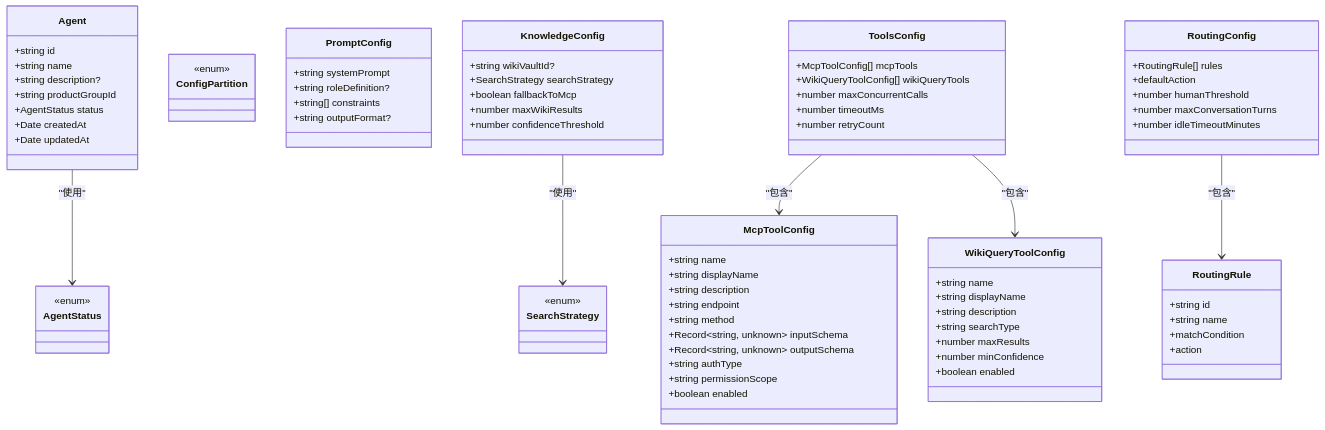
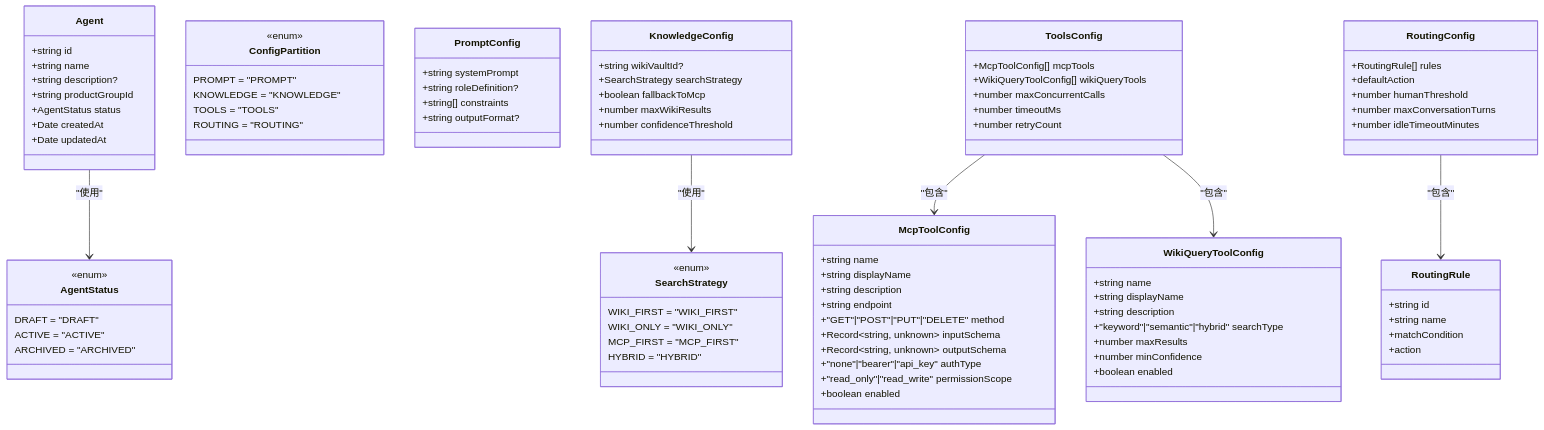
The third of 10 diagrams in .qoder/repowiki/zh/content/共享包开发/Shared Types 包.md (ai-guru-global/agent-up), drawn with Mermaid before and after one commit. The commit also changed other lines of this file and 57 other files, not shown here.

```diff
--- a/.qoder/repowiki/zh/content/共享包开发/Shared Types 包.md
+++ b/.qoder/repowiki/zh/content/共享包开发/Shared Types 包.md
@@ -141,9 +149,16 @@
 }
 class AgentStatus {
 <<enum>>
+DRAFT = "DRAFT"
+ACTIVE = "ACTIVE"
+ARCHIVED = "ARCHIVED"
 }
 class ConfigPartition {
 <<enum>>
+PROMPT = "PROMPT"
+KNOWLEDGE = "KNOWLEDGE"
+TOOLS = "TOOLS"
+ROUTING = "ROUTING"
 }
 class PromptConfig {
 +string systemPrompt
@@ -160,6 +175,10 @@
 }
 class SearchStrategy {
 <<enum>>
+WIKI_FIRST = "WIKI_FIRST"
+WIKI_ONLY = "WIKI_ONLY"
+MCP_FIRST = "MCP_FIRST"
+HYBRID = "HYBRID"
 }
 class ToolsConfig {
 +McpToolConfig[] mcpTools
@@ -173,18 +192,18 @@
 +string displayName
 +string description
 +string endpoint
-+string method
++"GET"|"POST"|"PUT"|"DELETE" method
 +Record~string, unknown~ inputSchema
 +Record~string, unknown~ outputSchema
-+string authType
-+string permissionScope
++"none"|"bearer"|"api_key" authType
++"read_only"|"read_write" permissionScope
 +boolean enabled
 }
 class WikiQueryToolConfig {
 +string name
 +string displayName
 +string description
-+string searchType
++"keyword"|"semantic"|"hybrid" searchType
 +number maxResults
 +number minConfidence
 +boolean enabled
```
